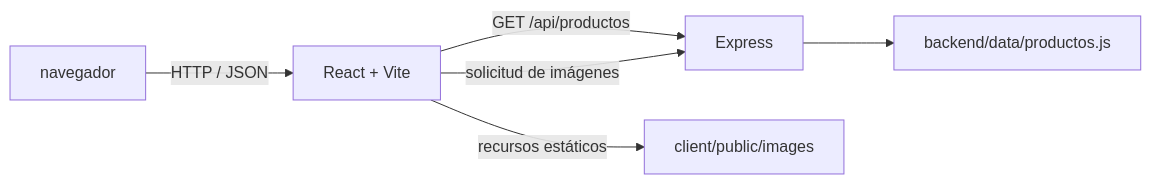
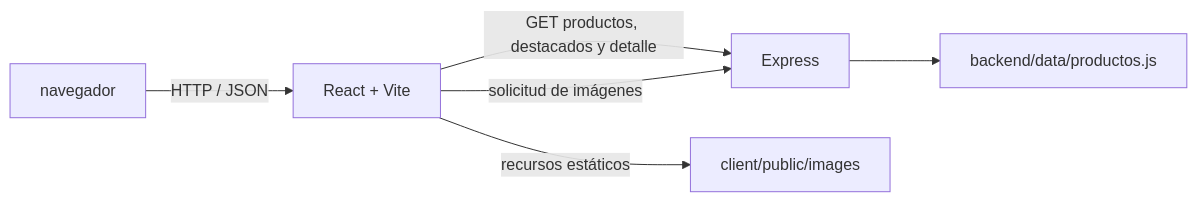
Before and after one commit to GonzaBauer/TrastiendaMuebleriaHermanosJota: the diagram in README.md, drawn with Mermaid. The commit also changed other lines of this file and 23 other files, not shown here.

````diff
--- a/README.md
+++ b/README.md
@@ -53,8 +53,8 @@
 ```mermaid
 flowchart LR
 	Browser[ navegador ] -->|HTTP / JSON| Client[React + Vite]
-	Client -->|GET /api/productos| API[Express]
+	Client -->|GET productos, destacados y detalle| API[Express]
 	API --> Data[backend/data/productos.js]
 	Client -->|solicitud de imágenes| API
 	Client -->|recursos estáticos| Public[client/public/images]
 ```
````
